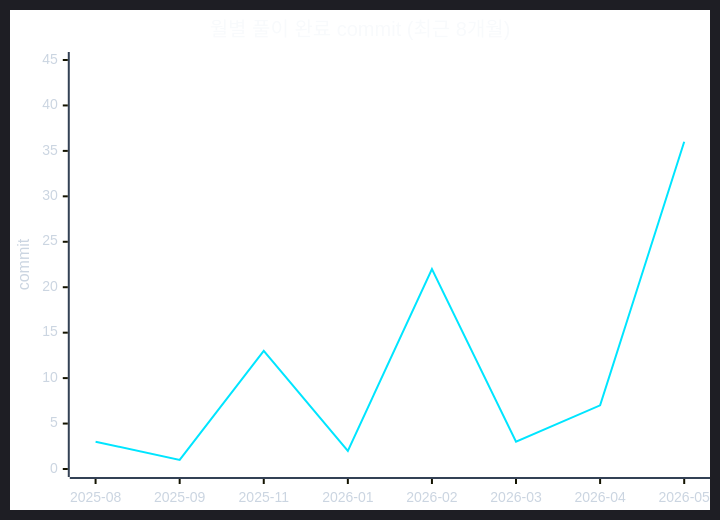
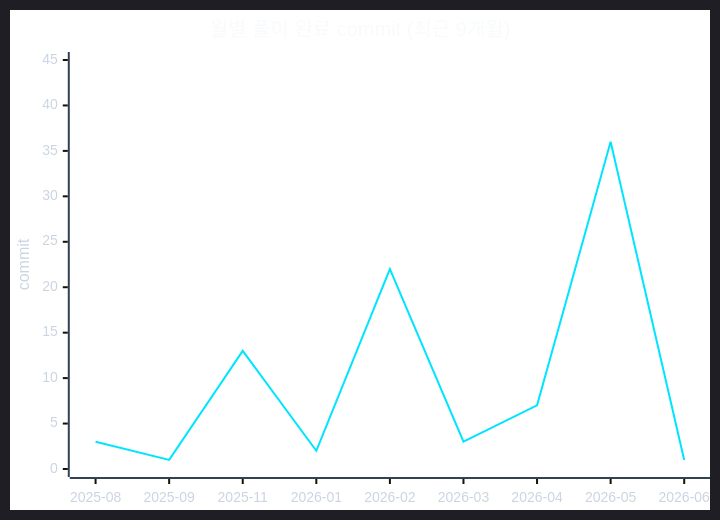
Before and after one commit to CHOOSLA/Algorithm: the second of 2 diagrams in readme.md, drawn with Mermaid. The commit also changed other lines of this file and 1 other file, not shown here.

````diff
--- a/readme.md
+++ b/readme.md
@@ -71,22 +71,22 @@
 ```mermaid
 ---
 config:
   theme: dark
   themeVariables:
     background: '#0d1117'
     xyChart:
       titleColor: '#f8fafc'
       xAxisLabelColor: '#cbd5e1'
       xAxisTitleColor: '#cbd5e1'
       xAxisLineColor: '#334155'
       yAxisLabelColor: '#cbd5e1'
       yAxisTitleColor: '#cbd5e1'
       yAxisLineColor: '#334155'
       plotColorPalette: '#00e5ff'
 ---
 xychart-beta
-  title "월별 풀이 완료 commit (최근 8개월)"
-  x-axis ["2025-08", "2025-09", "2025-11", "2026-01", "2026-02", "2026-03", "2026-04", "2026-05"]
+  title "월별 풀이 완료 commit (최근 9개월)"
+  x-axis ["2025-08", "2025-09", "2025-11", "2026-01", "2026-02", "2026-03", "2026-04", "2026-05", "2026-06"]
   y-axis "commit" 0 --> 45
-  line [3, 1, 13, 2, 22, 3, 7, 36]
+  line [3, 1, 13, 2, 22, 3, 7, 36, 1]
 ```
````
